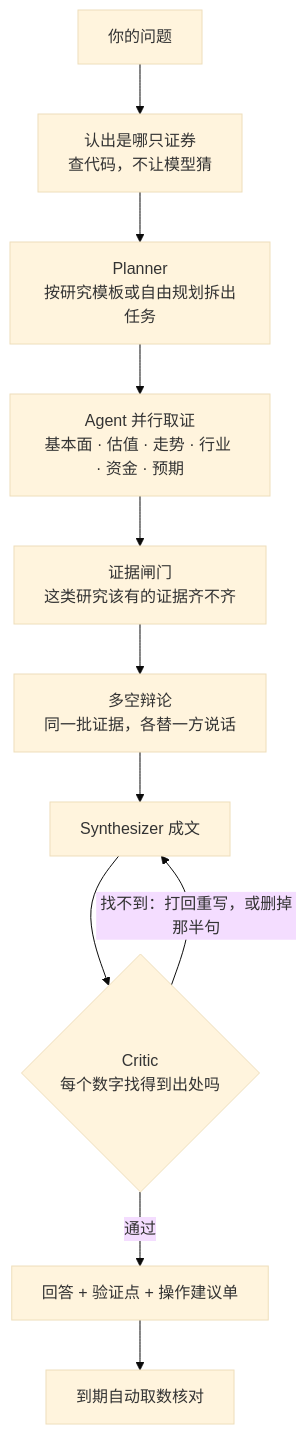
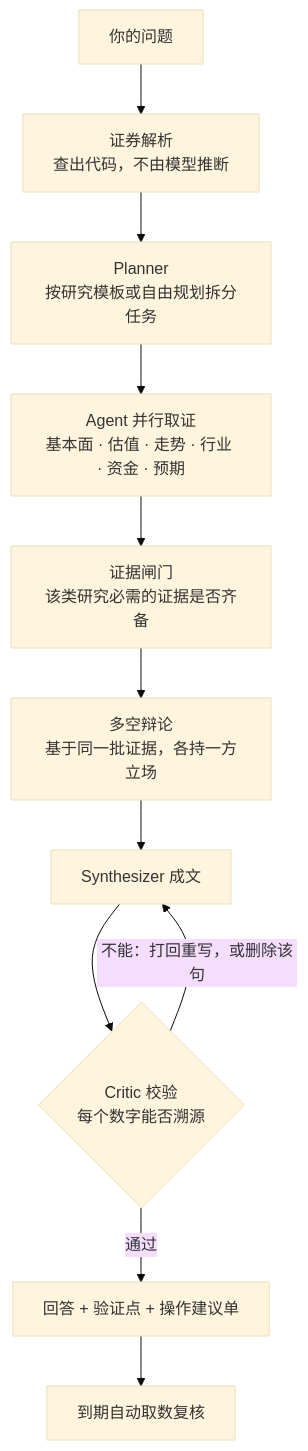
The diagram in README.md (Jackychen-12/wealthpilot), drawn with Mermaid (base theme) before and after one commit. The commit also changed other lines of this file and 2 other files, not shown here.

````diff
--- a/README.md
+++ b/README.md
@@ -73,13 +73,13 @@
 ```mermaid
 flowchart TD
-    Q[你的问题] --> R[认出是哪只证券<br/>查代码，不让模型猜]
-    R --> P[Planner<br/>按研究模板或自由规划拆出任务]
+    Q[你的问题] --> R[证券解析<br/>查出代码，不由模型推断]
+    R --> P[Planner<br/>按研究模板或自由规划拆分任务]
     P --> A[Agent 并行取证<br/>基本面 · 估值 · 走势 · 行业 · 资金 · 预期]
-    A --> E[证据闸门<br/>这类研究该有的证据齐不齐]
-    E --> D[多空辩论<br/>同一批证据，各替一方说话]
+    A --> E[证据闸门<br/>该类研究必需的证据是否齐备]
+    E --> D[多空辩论<br/>基于同一批证据，各持一方立场]
     D --> S[Synthesizer 成文]
-    S --> C{Critic<br/>每个数字找得到出处吗}
-    C -->|找不到：打回重写，或删掉那半句| S
+    S --> C{Critic 校验<br/>每个数字能否溯源}
+    C -->|不能：打回重写，或删除该句| S
     C -->|通过| O[回答 + 验证点 + 操作建议单]
-    O --> V[到期自动取数核对]
+    O --> V[到期自动取数复核]
 ```
````
